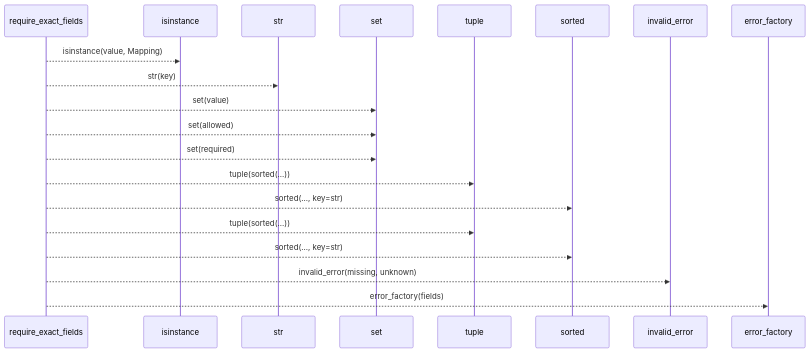
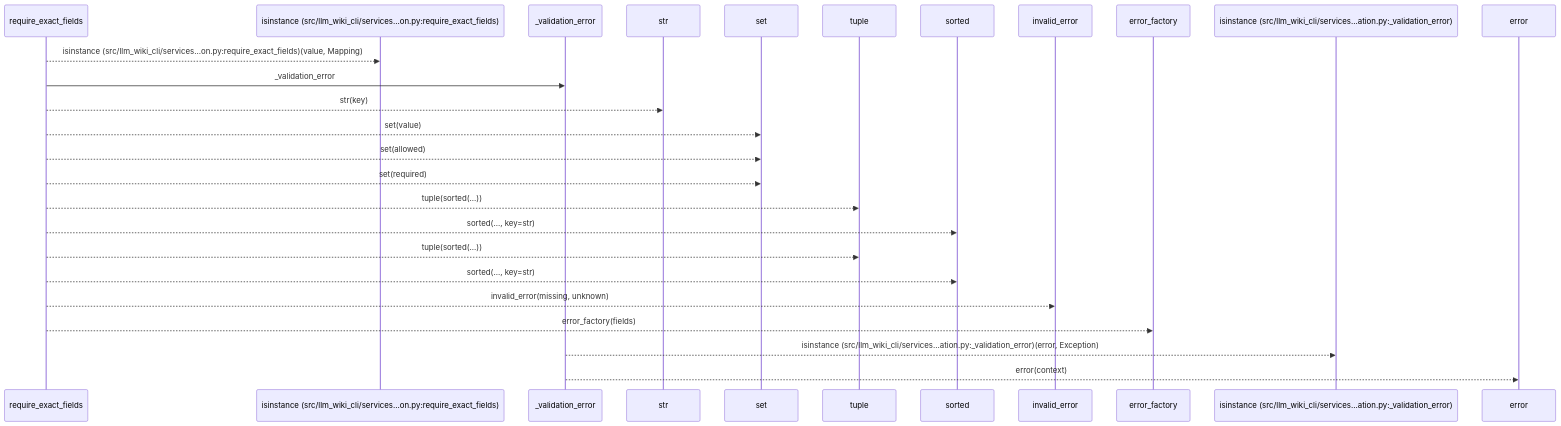
One commit to Denissvgn/python-wiki-llm changed the first of 2 diagrams in docs/llm_wiki/flows/api-require_exact_fields.md. Above: the diagram before and after it, drawn with Mermaid. The commit also changed other lines of this file and 627 other files, not shown here.

````diff
--- a/docs/llm_wiki/flows/api-require_exact_fields.md
+++ b/docs/llm_wiki/flows/api-require_exact_fields.md
@@ -12,22 +12,28 @@
 ```mermaid
 sequenceDiagram
     participant p0 as require_exact_fields
-    participant p1 as isinstance
-    participant p2 as str
-    participant p3 as set
-    participant p4 as tuple
-    participant p5 as sorted
-    participant p6 as invalid_error
-    participant p7 as error_factory
-    p0-->>p1: isinstance(value, Mapping)
-    p0-->>p2: str(key)
-    p0-->>p3: set(value)
-    p0-->>p3: set(allowed)
-    p0-->>p3: set(required)
-    p0-->>p4: tuple(sorted(...))
-    p0-->>p5: sorted(..., key=str)
-    p0-->>p4: tuple(sorted(...))
-    p0-->>p5: sorted(..., key=str)
-    p0-->>p6: invalid_error(missing, unknown)
-    p0-->>p7: error_factory(fields)
+    participant p1 as isinstance (src/llm_wiki_cli/services…on.py:require_exact_fields)
+    participant p2 as _validation_error
+    participant p3 as str
+    participant p4 as set
+    participant p5 as tuple
+    participant p6 as sorted
+    participant p7 as invalid_error
+    participant p8 as error_factory
+    participant p9 as isinstance (src/llm_wiki_cli/services…ation.py:_validation_error)
+    participant p10 as error
+    p0-->>p1: isinstance (src/llm_wiki_cli/services…on.py:require_exact_fields)(value, Mapping)
+    p0->>p2: _validation_error
+    p0-->>p3: str(key)
+    p0-->>p4: set(value)
+    p0-->>p4: set(allowed)
+    p0-->>p4: set(required)
+    p0-->>p5: tuple(sorted(...))
+    p0-->>p6: sorted(..., key=str)
+    p0-->>p5: tuple(sorted(...))
+    p0-->>p6: sorted(..., key=str)
+    p0-->>p7: invalid_error(missing, unknown)
+    p0-->>p8: error_factory(fields)
+    p2-->>p9: isinstance (src/llm_wiki_cli/services…ation.py:_validation_error)(error, Exception)
+    p2-->>p10: error(context)
 ```
````
